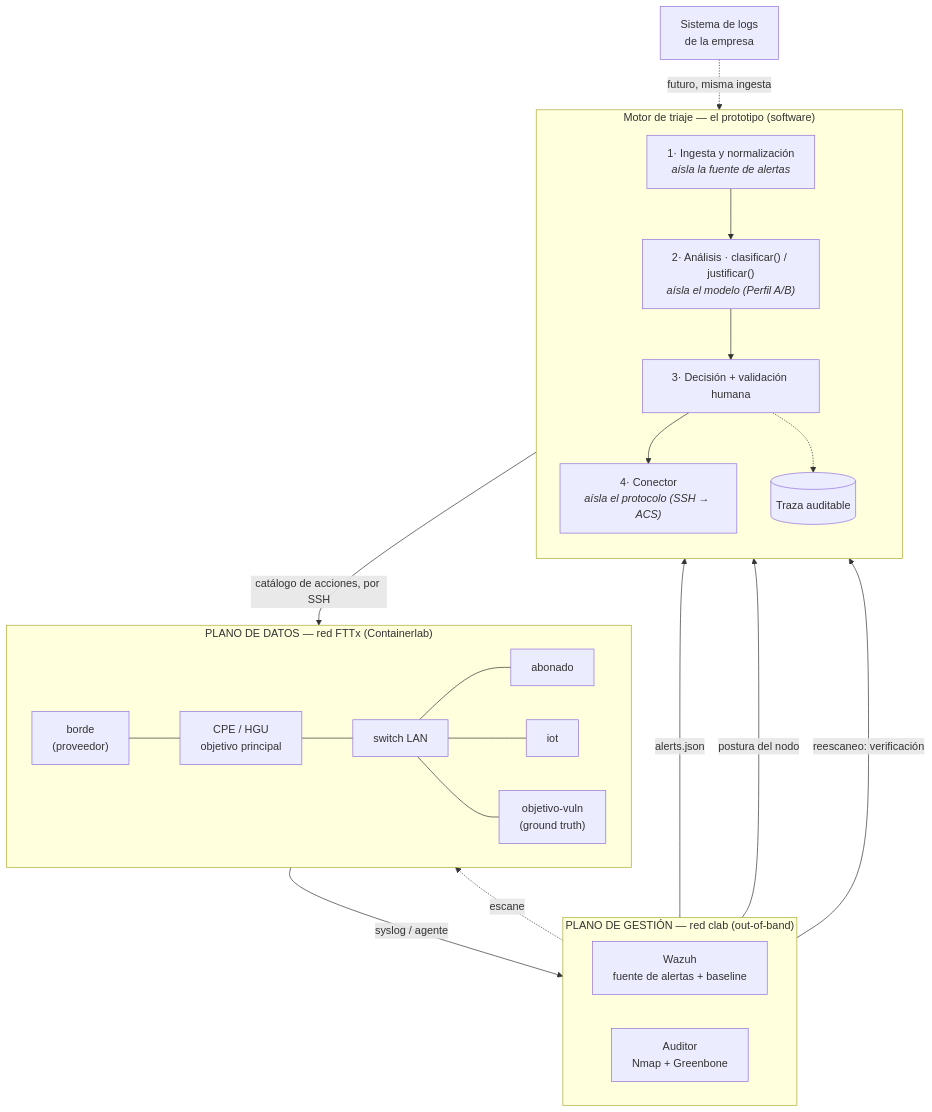
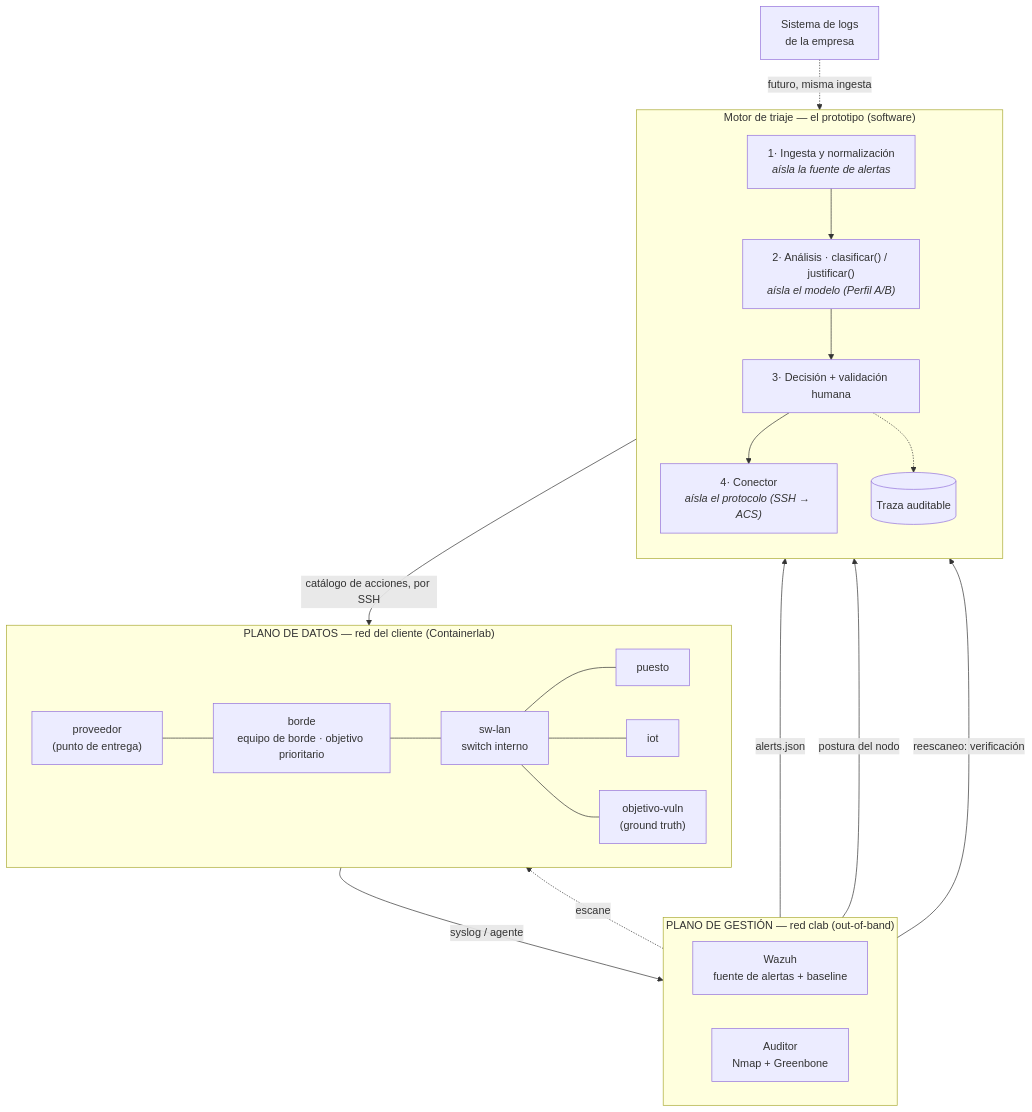
The diagram in documentacion/04-fase4-diseno-de-arquitectura/arquitectura-consolidada.md (vBlanyer/domotai-pasantia), drawn with Mermaid before and after one commit. The commit also changed other lines of this file and 41 other files, not shown here.

````diff
--- a/documentacion/04-fase4-diseno-de-arquitectura/arquitectura-consolidada.md
+++ b/documentacion/04-fase4-diseno-de-arquitectura/arquitectura-consolidada.md
@@ -11,37 +11,37 @@
 ```mermaid
 flowchart TB
-    subgraph datos["PLANO DE DATOS — red FTTx (Containerlab)"]
+    subgraph datos["PLANO DE DATOS — red del cliente (Containerlab)"]
         direction LR
-        BORDE["borde<br/>(proveedor)"] --- CPE["CPE / HGU<br/>objetivo principal"]
-        CPE --- SW["switch LAN"]
-        SW --- PC["abonado"]
+        PROV["proveedor<br/>(punto de entrega)"] --- BORDE["borde<br/>equipo de borde · objetivo prioritario"]
+        BORDE --- SW["sw-lan<br/>switch interno"]
+        SW --- PC["puesto"]
         SW --- IOT["iot"]
         SW --- VULN["objetivo-vuln<br/>(ground truth)"]
     end
 
     subgraph gestion["PLANO DE GESTIÓN — red clab (out-of-band)"]
         direction LR
         WZ["Wazuh<br/>fuente de alertas + baseline"]
         AUD["Auditor<br/>Nmap + Greenbone"]
     end
 
     subgraph edr["Motor de triaje — el prototipo (software)"]
         direction TB
         ING["1· Ingesta y normalización<br/><i>aísla la fuente de alertas</i>"]
         ANA["2· Análisis · clasificar() / justificar()<br/><i>aísla el modelo (Perfil A/B)</i>"]
         DEC["3· Decisión + validación humana"]
         CON["4· Conector<br/><i>aísla el protocolo (SSH → ACS)</i>"]
         TRZ[("Traza auditable")]
         ING --> ANA --> DEC --> CON
         DEC -.-> TRZ
     end
 
     datos -->|syslog / agente| WZ
     AUD -.escaneo.-> datos
     WZ -->|alerts.json| ING
     AUD -->|postura del nodo| ANA
     CON -->|catálogo de acciones, por SSH| datos
     AUD -->|reescaneo: verificación| CON
 
     EMP["Sistema de logs<br/>de la empresa"] -.futuro, misma ingesta.-> ING
 ```
````
